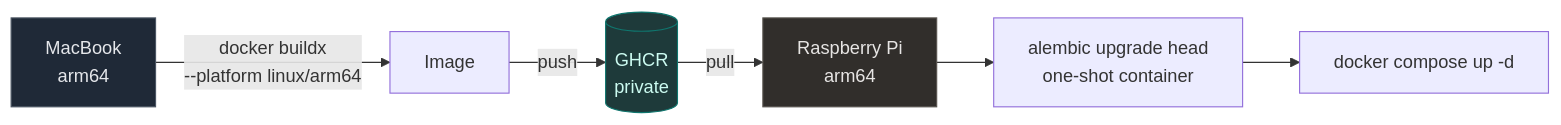
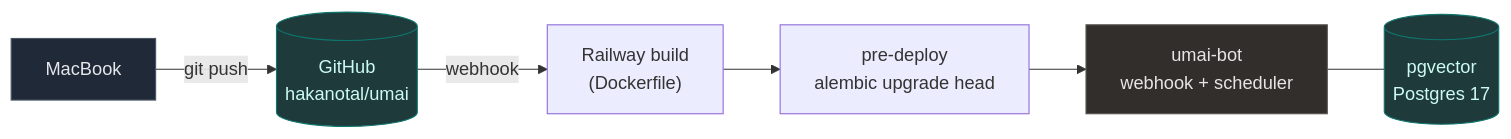
The second of 2 diagrams in docs/technical-implementation.md (hakanotal/umai), drawn with Mermaid before and after one commit. The commit also changed other lines of this file and 3 other files, not shown here.

````diff
--- a/docs/technical-implementation.md
+++ b/docs/technical-implementation.md
@@ -545,12 +539,13 @@
 ```mermaid
 flowchart LR
-    dev["MacBook<br/>arm64"] -->|"docker buildx<br/>--platform linux/arm64"| img["Image"]
-    img -->|push| ghcr[("GHCR<br/>private")]
-    ghcr -->|pull| pi["Raspberry Pi<br/>arm64"]
-    pi --> mig["alembic upgrade head<br/>one-shot container"]
-    mig --> up["docker compose up -d"]
+    dev["MacBook"] -->|"git push"| gh[("GitHub<br/>hakanotal/umai")]
+    gh -->|webhook| build["Railway build<br/>(Dockerfile)"]
+    build --> mig["pre-deploy<br/>alembic upgrade head"]
+    mig --> run["umai-bot<br/>webhook + scheduler"]
+    run --- db[("pgvector<br/>Postgres 17")]
 
     style dev fill:#1f2937,stroke:#4b5563,color:#e5e7eb
-    style pi fill:#312e2b,stroke:#57534e,color:#e7e5e4
-    style ghcr fill:#1e3a3a,stroke:#0f766e,color:#ccfbf1
+    style run fill:#312e2b,stroke:#57534e,color:#e7e5e4
+    style gh fill:#1e3a3a,stroke:#0f766e,color:#ccfbf1
+    style db fill:#1e3a3a,stroke:#0f766e,color:#ccfbf1
 ```
````
